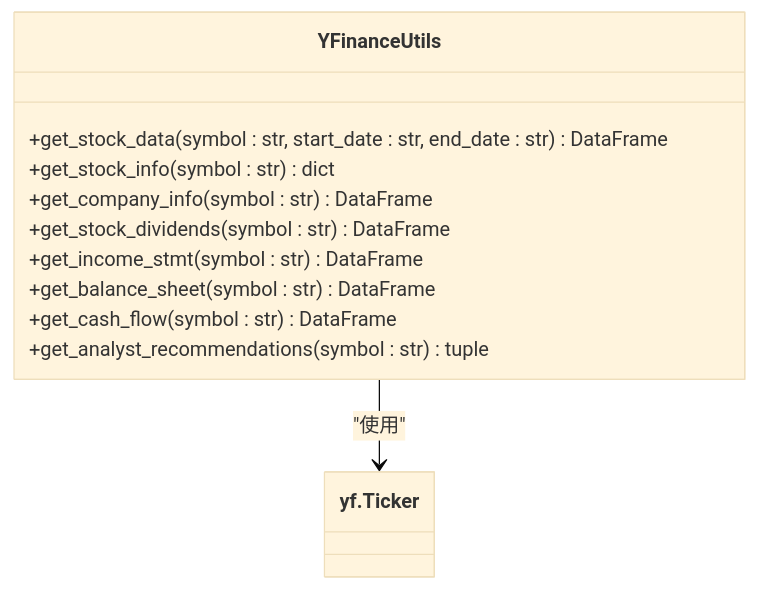
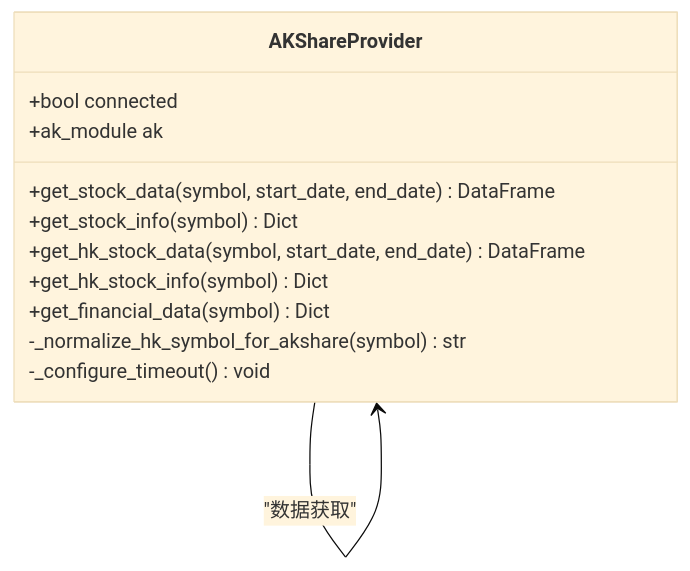
Before and after one commit to afanty2021/TradingAgents-CN: the third of 7 diagrams in .qoder/repowiki/zh/content/扩展开发/集成新的数据源.md, drawn with Mermaid (base theme). The commit also changed other lines of this file and 202 other files, not shown here.

````diff
--- a/.qoder/repowiki/zh/content/扩展开发/集成新的数据源.md
+++ b/.qoder/repowiki/zh/content/扩展开发/集成新的数据源.md
@@ -94,14 +127,15 @@
 ```mermaid
 classDiagram
-class YFinanceUtils {
-+get_stock_data(symbol : str, start_date : str, end_date : str) DataFrame
-+get_stock_info(symbol : str) dict
-+get_company_info(symbol : str) DataFrame
-+get_stock_dividends(symbol : str) DataFrame
-+get_income_stmt(symbol : str) DataFrame
-+get_balance_sheet(symbol : str) DataFrame
-+get_cash_flow(symbol : str) DataFrame
-+get_analyst_recommendations(symbol : str) tuple
+class AKShareProvider {
++bool connected
++ak_module ak
++get_stock_data(symbol, start_date, end_date) DataFrame
++get_stock_info(symbol) Dict
++get_hk_stock_data(symbol, start_date, end_date) DataFrame
++get_hk_stock_info(symbol) Dict
++get_financial_data(symbol) Dict
+-_normalize_hk_symbol_for_akshare(symbol) str
+-_configure_timeout() void
 }
-YFinanceUtils --> yf.Ticker : "使用"
+AKShareProvider --> AKShareProvider : "数据获取"
 ```
````
